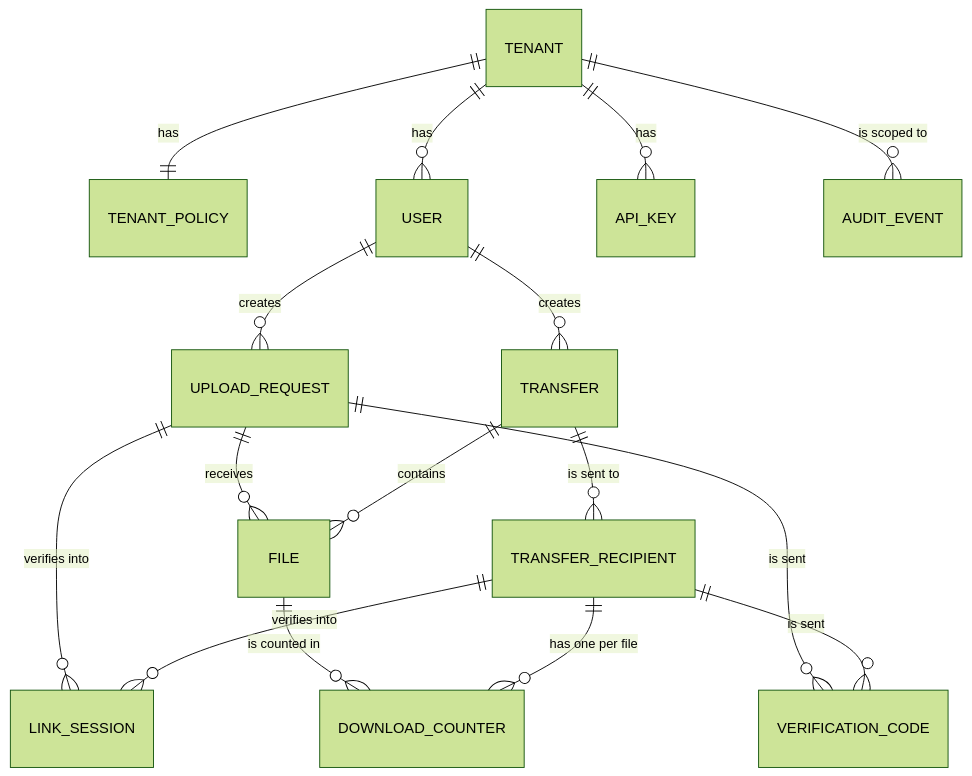
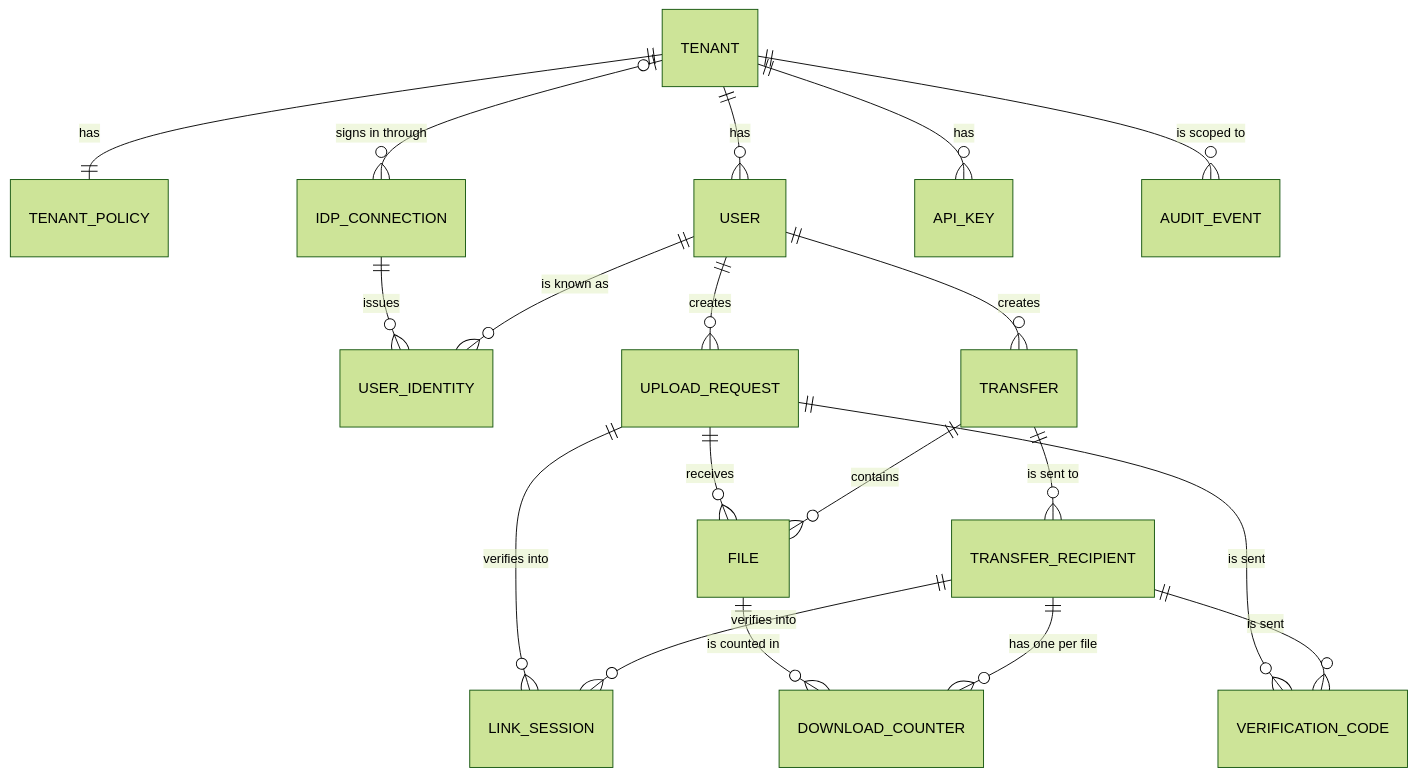
The first of 5 diagrams in docs/design/data-model.md (codewithmuh/secure-file-transfer), drawn with Mermaid (forest theme) before and after one commit. The commit also changed other lines of this file and 1 other file, not shown here.

````diff
--- a/docs/design/data-model.md
+++ b/docs/design/data-model.md
@@ -34,18 +35,21 @@
 ```mermaid
 erDiagram
     TENANT ||--|| TENANT_POLICY : has
     TENANT ||--o{ USER : has
+    TENANT |o--o{ IDP_CONNECTION : "signs in through"
+    USER ||--o{ USER_IDENTITY : "is known as"
+    IDP_CONNECTION ||--o{ USER_IDENTITY : issues
     TENANT ||--o{ API_KEY : has
     USER ||--o{ TRANSFER : creates
     USER ||--o{ UPLOAD_REQUEST : creates
     TRANSFER ||--o{ TRANSFER_RECIPIENT : "is sent to"
     TRANSFER ||--o{ FILE : contains
     UPLOAD_REQUEST ||--o{ FILE : receives
     TRANSFER_RECIPIENT ||--o{ LINK_SESSION : "verifies into"
     UPLOAD_REQUEST ||--o{ LINK_SESSION : "verifies into"
     TRANSFER_RECIPIENT ||--o{ VERIFICATION_CODE : "is sent"
     UPLOAD_REQUEST ||--o{ VERIFICATION_CODE : "is sent"
     TRANSFER_RECIPIENT ||--o{ DOWNLOAD_COUNTER : "has one per file"
     FILE ||--o{ DOWNLOAD_COUNTER : "is counted in"
     TENANT ||--o{ AUDIT_EVENT : "is scoped to"
 ```
````
